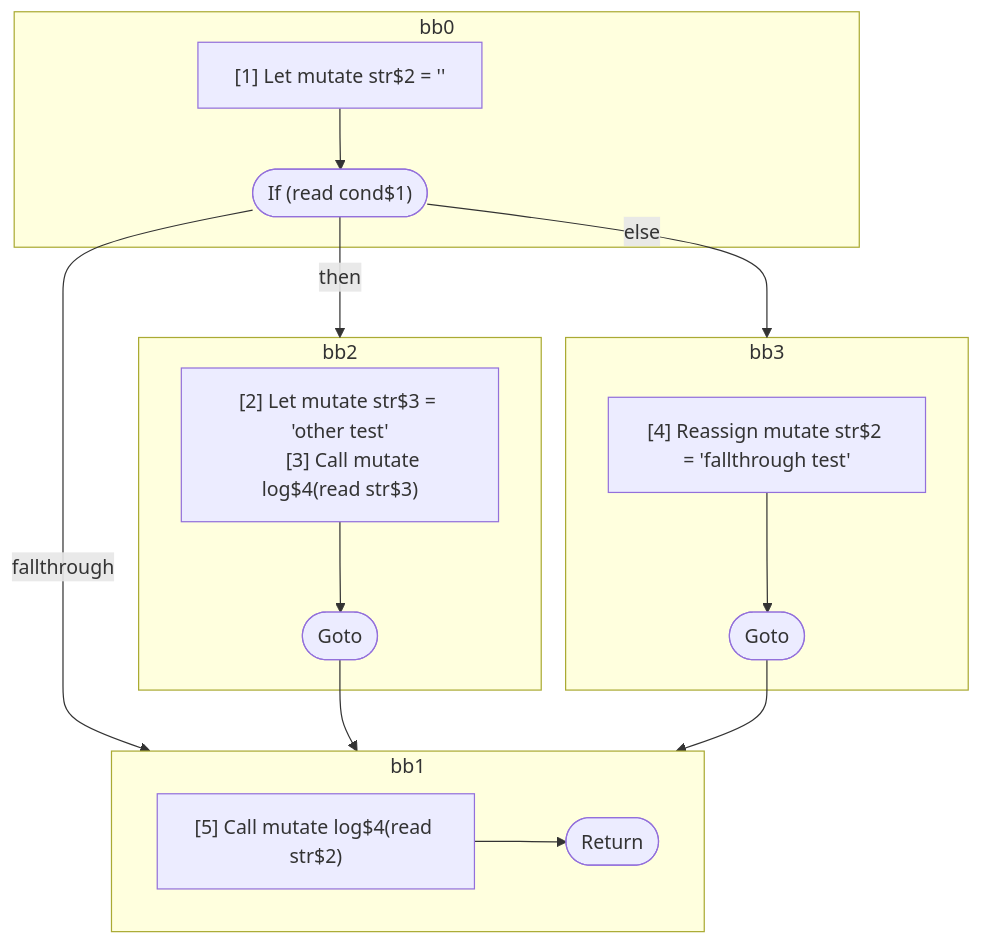
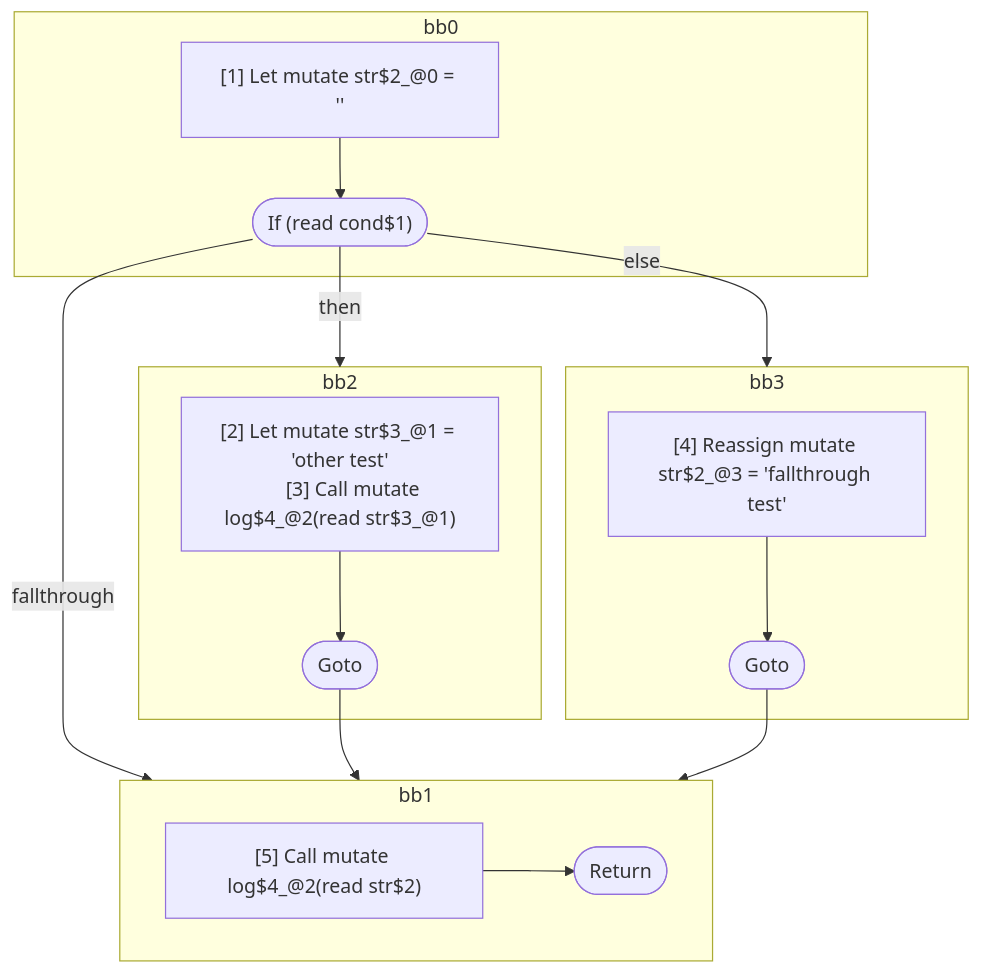
Before and after one commit to wutsmog/private: the second of 2 diagrams in compiler/forget/src/__tests__/fixtures/hir/ssa-shadowing.expect.md, drawn with Mermaid. The commit also changed other lines of this file and 60 other files, not shown here.

````diff
--- a/compiler/forget/src/__tests__/fixtures/hir/ssa-shadowing.expect.md
+++ b/compiler/forget/src/__tests__/fixtures/hir/ssa-shadowing.expect.md
@@ -71,37 +71,37 @@
 ```mermaid
 flowchart TB
   %% Basic Blocks
   subgraph bb0
     bb0_instrs["
-      [1] Let mutate str$2 = ''
+      [1] Let mutate str$2_@0 = ''
     "]
     bb0_instrs --> bb0_terminal(["If (read cond$1)"])
   end
   subgraph bb2
     bb2_instrs["
-      [2] Let mutate str$3 = 'other test'
-      [3] Call mutate log$4(read str$3)
+      [2] Let mutate str$3_@1 = 'other test'
+      [3] Call mutate log$4_@2(read str$3_@1)
     "]
     bb2_instrs --> bb2_terminal(["Goto"])
   end
   subgraph bb3
     bb3_instrs["
-      [4] Reassign mutate str$2 = 'fallthrough test'
+      [4] Reassign mutate str$2_@3 = 'fallthrough test'
     "]
     bb3_instrs --> bb3_terminal(["Goto"])
   end
   subgraph bb1
     bb1_instrs["
-      [5] Call mutate log$4(read str$2)
+      [5] Call mutate log$4_@2(read str$2)
     "]
     bb1_instrs --> bb1_terminal(["Return"])
   end
 
   %% Jumps
   bb0_terminal -- then --> bb2
   bb0_terminal -- else --> bb3
   bb0_terminal -- fallthrough --> bb1
   bb2_terminal --> bb1
   bb3_terminal --> bb1
 
 ```
````
